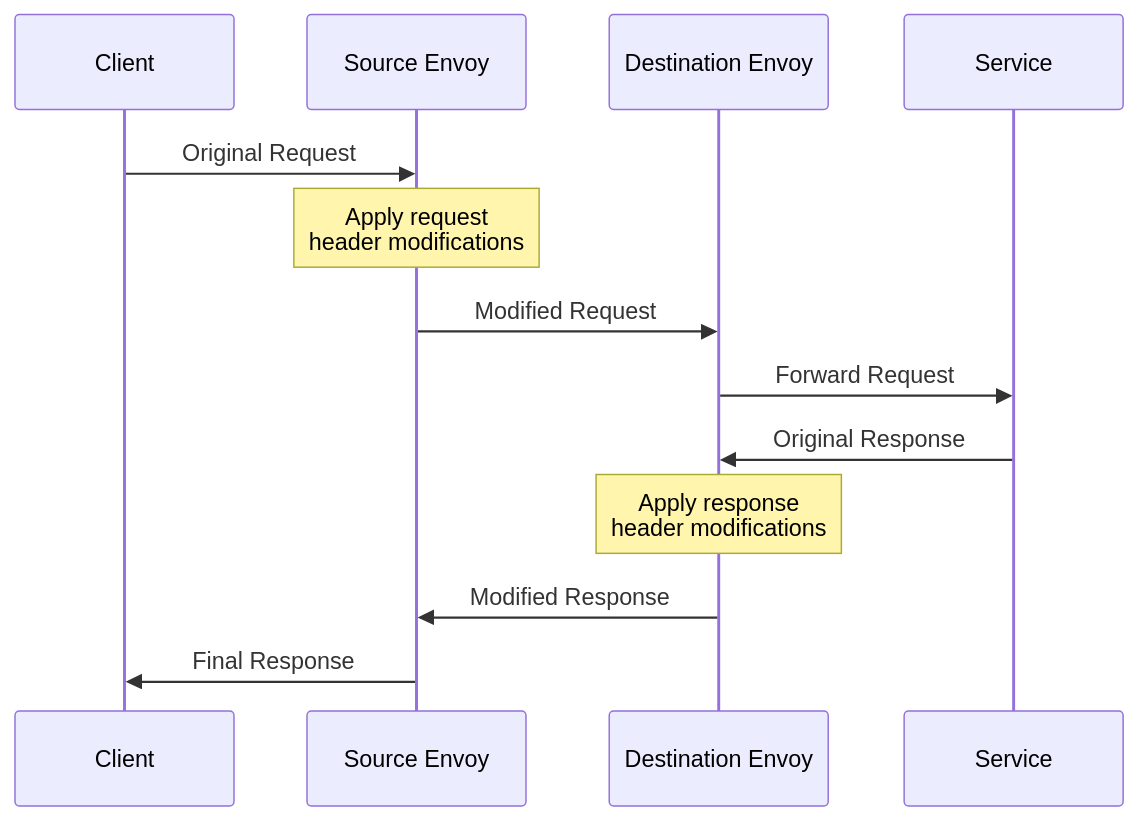
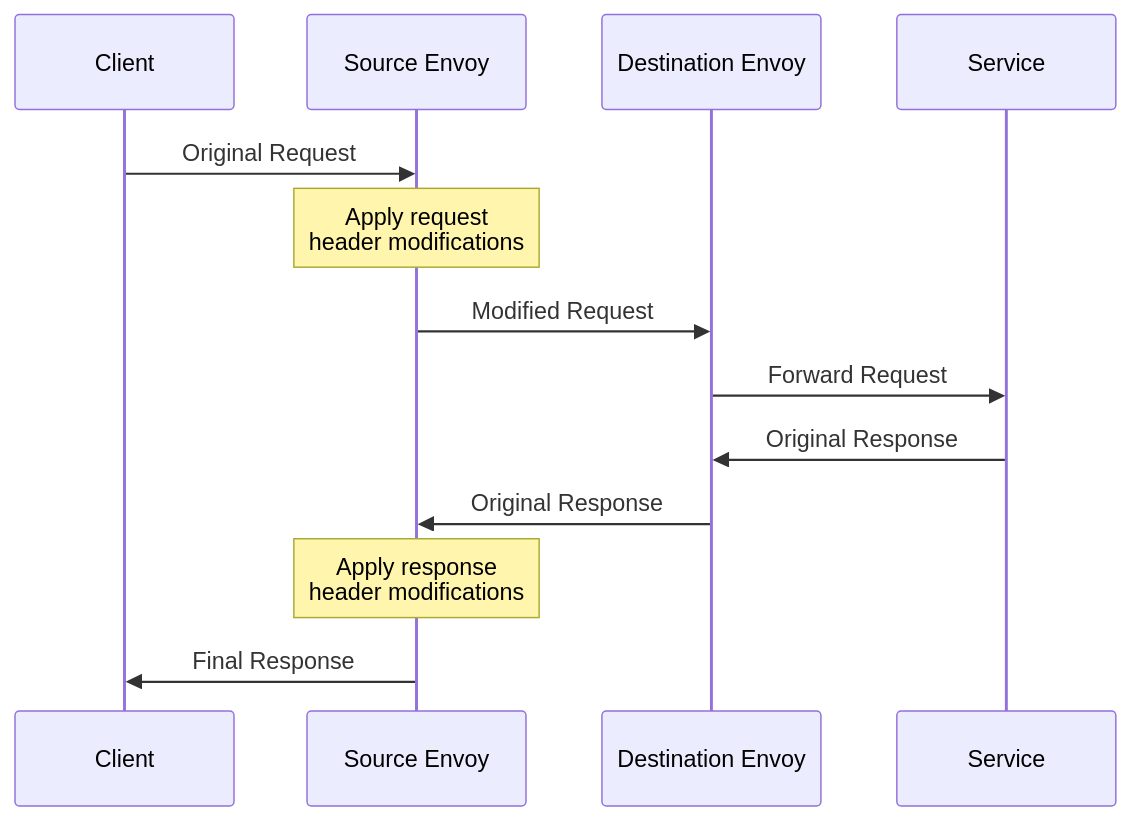
The second of 3 diagrams in posts/2026-01-07-istio-request-headers-manipulation/README.md (OneUptime/blog), drawn with Mermaid before and after one commit. The commit also changed other lines of this file and 2 other files, not shown here.

````diff
--- a/posts/2026-01-07-istio-request-headers-manipulation/README.md
+++ b/posts/2026-01-07-istio-request-headers-manipulation/README.md
@@ -49,16 +49,16 @@
 ```mermaid
 sequenceDiagram
     participant Client
     participant SourceEnvoy as Source Envoy
     participant DestEnvoy as Destination Envoy
     participant Service
 
     Client->>SourceEnvoy: Original Request
     Note over SourceEnvoy: Apply request<br/>header modifications
     SourceEnvoy->>DestEnvoy: Modified Request
     DestEnvoy->>Service: Forward Request
     Service->>DestEnvoy: Original Response
-    Note over DestEnvoy: Apply response<br/>header modifications
-    DestEnvoy->>SourceEnvoy: Modified Response
+    DestEnvoy->>SourceEnvoy: Original Response
+    Note over SourceEnvoy: Apply response<br/>header modifications
     SourceEnvoy->>Client: Final Response
 ```
````
